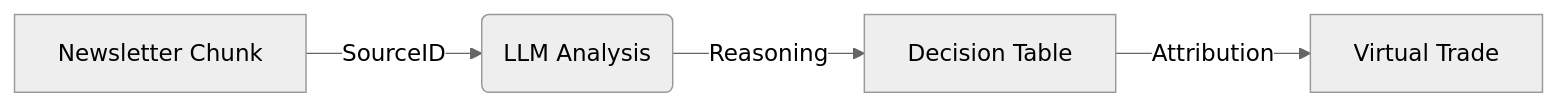
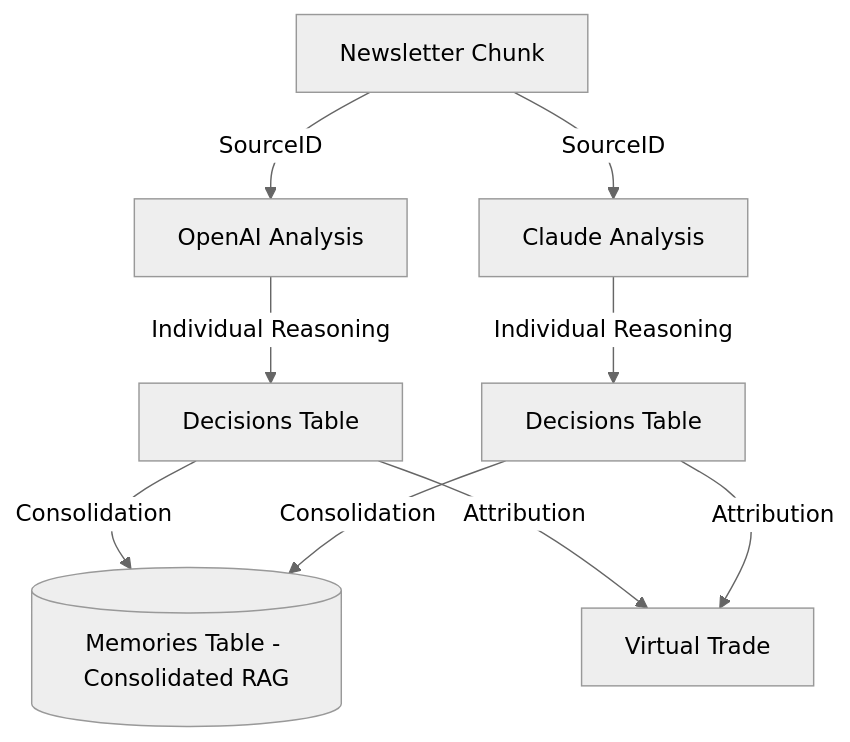
One commit to g-vega-cl/llm-market-bench changed the diagram in docs/engine/decision-attribution-walkthrough.md. Above: the diagram before and after it, drawn with Mermaid (neutral theme). The commit also changed other lines of this file and 2 other files, not shown here.

Commit message:
feat: Consolidate and embed trading decisions as consensus reasonings instead of individual model outputs, updating related documentation and metadata.

````diff
--- a/docs/engine/decision-attribution-walkthrough.md
+++ b/docs/engine/decision-attribution-walkthrough.md
@@ -28,6 +28,9 @@
 ```mermaid
-graph LR
-    A[Newsletter Chunk] -->|SourceID| B(LLM Analysis)
-    B -->|Reasoning| C[Decision Table]
-    C -->|Attribution| D[Virtual Trade]
+graph TD
+    A[Newsletter Chunk] -->|SourceID| B1[OpenAI Analysis]
+    A -->|SourceID| B2[Claude Analysis]
+    B1 -->|Individual Reasoning| C1[Decisions Table]
+    B2 -->|Individual Reasoning| C2[Decisions Table]
+    C1 & C2 -->|Consolidation| M[(Memories Table - Consolidated RAG)]
+    C1 & C2 -->|Attribution| D[Virtual Trade]
 ```
````
